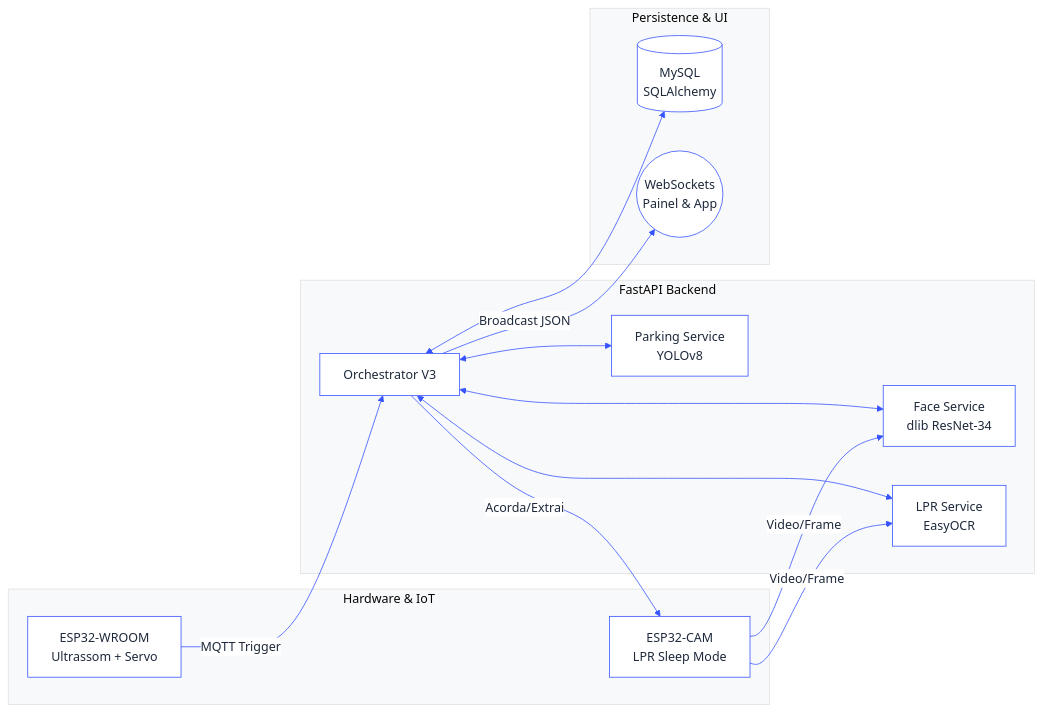
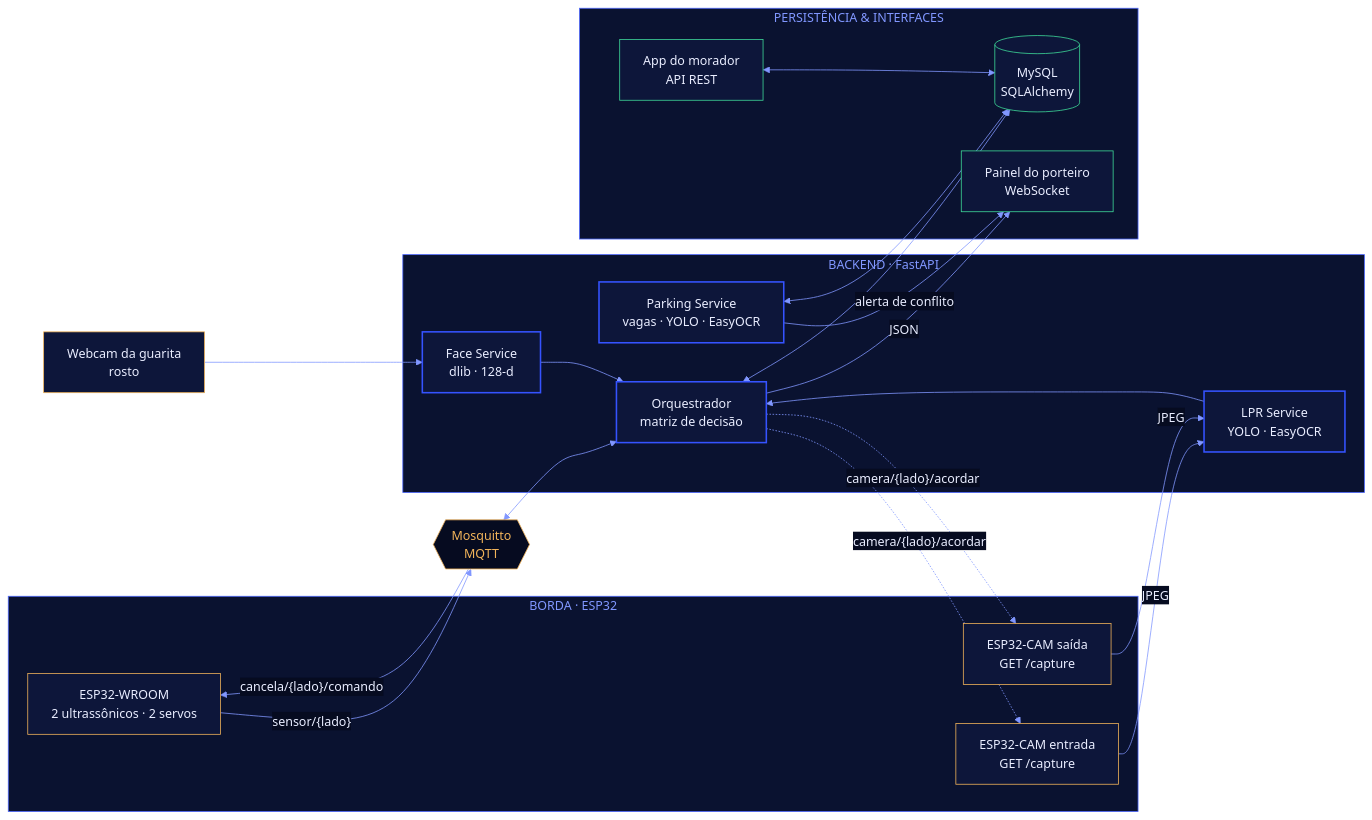
The first of 2 diagrams in README.md (GhostDev-Creator/ParkSync), drawn with Mermaid before and after one commit. The commit also changed other lines of this file, not shown here.

````diff
--- a/README.md
+++ b/README.md
@@ -31,27 +56,54 @@
 ```mermaid
-%%{init: {'theme': 'base', 'themeVariables': { 'primaryColor': '#ffffff', 'primaryBorderColor': '#3553ff', 'primaryTextColor': '#1e293b', 'lineColor': '#3553ff', 'tertiaryColor': '#f8f9fa'}}}%%
+%%{init: {'theme': 'base', 'themeVariables': {
+  'background': '#060b20',
+  'primaryColor': '#0d163a', 'primaryBorderColor': '#5b75ff', 'primaryTextColor': '#e9edff',
+  'secondaryColor': '#0a1230', 'tertiaryColor': '#0a1230',
+  'clusterBkg': '#0a1230', 'clusterBorder': '#4c67ff', 'titleColor': '#8197ff',
+  'lineColor': '#8197ff', 'edgeLabelBackground': '#060b20',
+  'fontFamily': 'IBM Plex Mono, monospace'
+}}}%%
 flowchart LR
-    subgraph Edge Layer [Hardware & IoT]
-        WROOM[ESP32-WROOM<br>Ultrassom + Servo]
-        CAM_IN[ESP32-CAM<br>LPR Sleep Mode]
+    subgraph EDGE ["BORDA · ESP32"]
+        WROOM["ESP32-WROOM<br/>2 ultrassônicos · 2 servos"]
+        CAMIN["ESP32-CAM entrada<br/>GET /capture"]
+        CAMOUT["ESP32-CAM saída<br/>GET /capture"]
     end
 
-    subgraph Intelligence Layer [FastAPI Backend]
-        ORCH[Orchestrator V3]
-        FS[Face Service<br>dlib ResNet-34]
-        LS[LPR Service<br>EasyOCR]
-        PK[Parking Service<br>YOLOv8]
+    WEBCAM["Webcam da guarita<br/>rosto"]
+    MQTT{{"Mosquitto<br/>MQTT"}}
+
+    subgraph CORE ["BACKEND · FastAPI"]
+        ORQ["Orquestrador<br/>matriz de decisão"]
+        FACE["Face Service<br/>dlib · 128-d"]
+        LPR["LPR Service<br/>YOLO · EasyOCR"]
+        PARK["Parking Service<br/>vagas · YOLO · EasyOCR"]
     end
 
-    subgraph Persistence & UI
-        DB[(MySQL<br>SQLAlchemy)]
-        WS((WebSockets<br>Painel & App))
+    subgraph UI ["PERSISTÊNCIA & INTERFACES"]
+        DB[("MySQL<br/>SQLAlchemy")]
+        PAINEL["Painel do porteiro<br/>WebSocket"]
+        APP["App do morador<br/>API REST"]
     end
 
-    WROOM -- MQTT Trigger --> ORCH
-    ORCH -- Acorda/Extrai --> CAM_IN
-    CAM_IN -- Video/Frame --> FS & LS
-    
-    ORCH <--> FS & LS & PK & DB
-    ORCH -- Broadcast JSON --> WS
+    WROOM -- "sensor/{lado}" --> MQTT
+    MQTT -- "cancela/{lado}/comando" --> WROOM
+    MQTT <--> ORQ
+    ORQ -. "camera/{lado}/acordar" .-> CAMIN & CAMOUT
+    CAMIN & CAMOUT -- "JPEG" --> LPR
+    WEBCAM --> FACE
+    FACE & LPR --> ORQ
+    ORQ <--> DB
+    PARK <--> DB
+    ORQ -- "JSON" --> PAINEL
+    PARK -- "alerta de conflito" --> PAINEL
+    APP <--> DB
+
+    classDef edge fill:#0d163a,stroke:#f2b45a,color:#e9edff
+    classDef bus fill:#060b20,stroke:#f2b45a,color:#f2b45a
+    classDef core fill:#0d163a,stroke:#3553ff,color:#e9edff,stroke-width:2px
+    classDef ui fill:#0d163a,stroke:#3fdc9a,color:#e9edff
+    class WROOM,CAMIN,CAMOUT,WEBCAM edge
+    class MQTT bus
+    class ORQ,FACE,LPR,PARK core
+    class DB,PAINEL,APP ui
 ```
````
